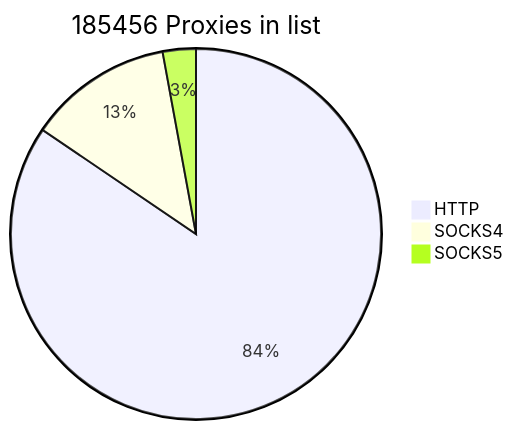
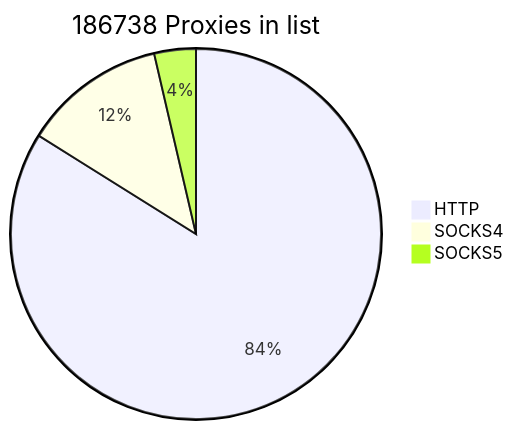
Before and after one commit to cutipu/proxylist: the first of 2 diagrams in README.md, drawn with Mermaid. The commit also changed other lines of this file, not shown here.

````diff
--- a/README.md
+++ b/README.md
@@ -2,7 +2,7 @@
 ```mermaid
-pie title 185456 Proxies in list
-    "HTTP" : 156683
-    "SOCKS4" : 23412
-    "SOCKS5" : 5361
+pie title 186738 Proxies in list
+    "HTTP" : 156656
+    "SOCKS4" : 23298
+    "SOCKS5" : 6784
             
 ```
````
